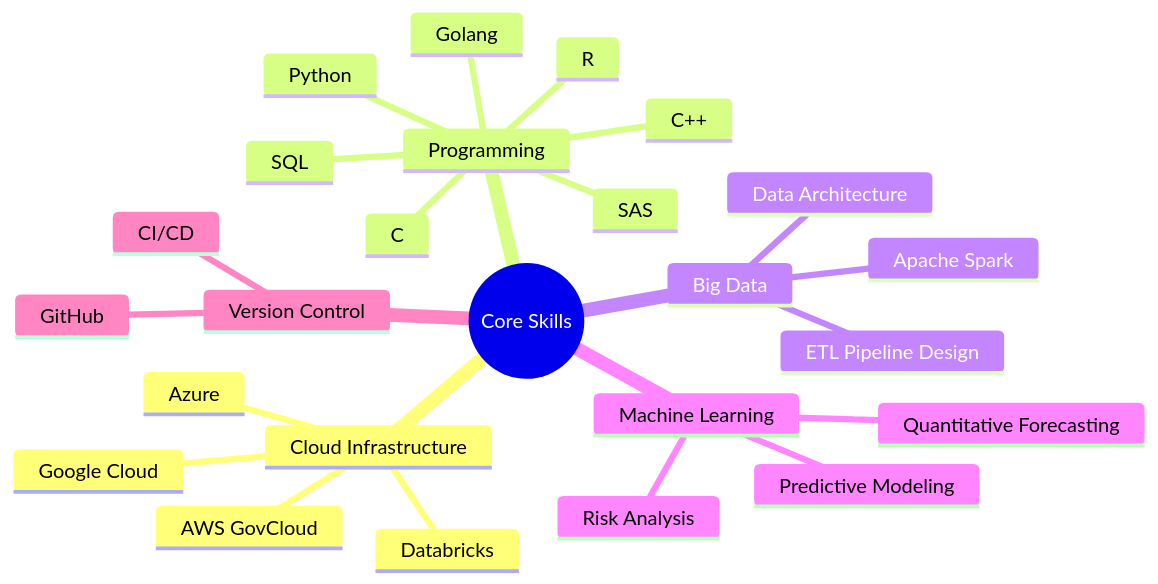
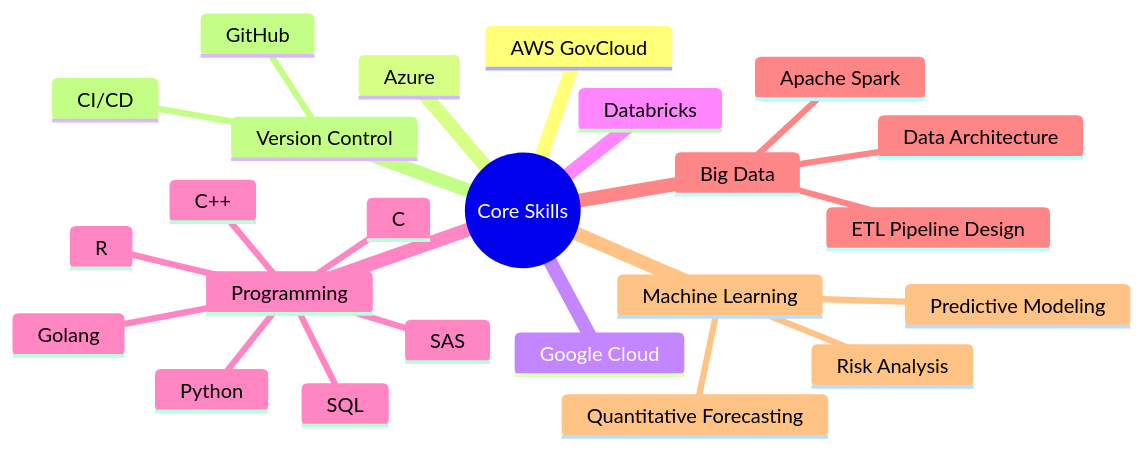
One commit to MatthewK84/MatthewK84 changed the diagram in README.md. Above: the diagram before and after it, drawn with Mermaid. The commit also changed other lines of this file, not shown here.

````diff
--- a/README.md
+++ b/README.md
@@ -39,28 +39,27 @@
 ```mermaid
 mindmap
   root((Core Skills))
-    Cloud Infrastructure
       AWS GovCloud
       Azure
       Google Cloud
       Databricks
     Programming
       Python
       C
       Golang
       C++
       R
       SQL
       SAS
     Big Data
       Apache Spark
       Data Architecture
       ETL Pipeline Design
     Machine Learning
       Predictive Modeling
       Risk Analysis
       Quantitative Forecasting
     Version Control
       GitHub
       CI/CD
 ```
````
